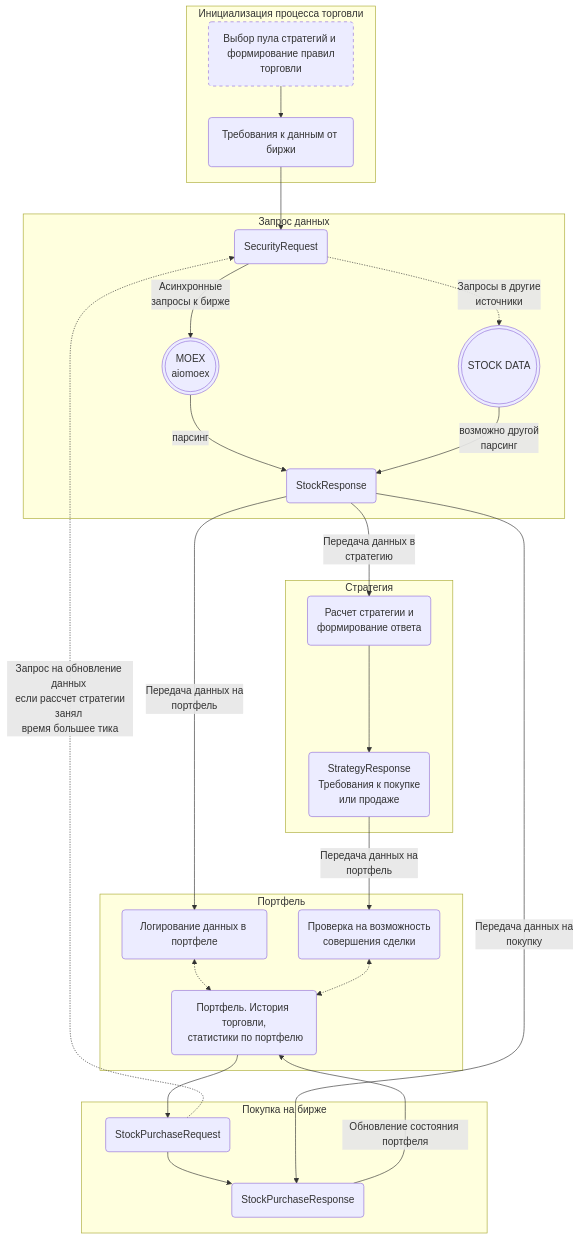
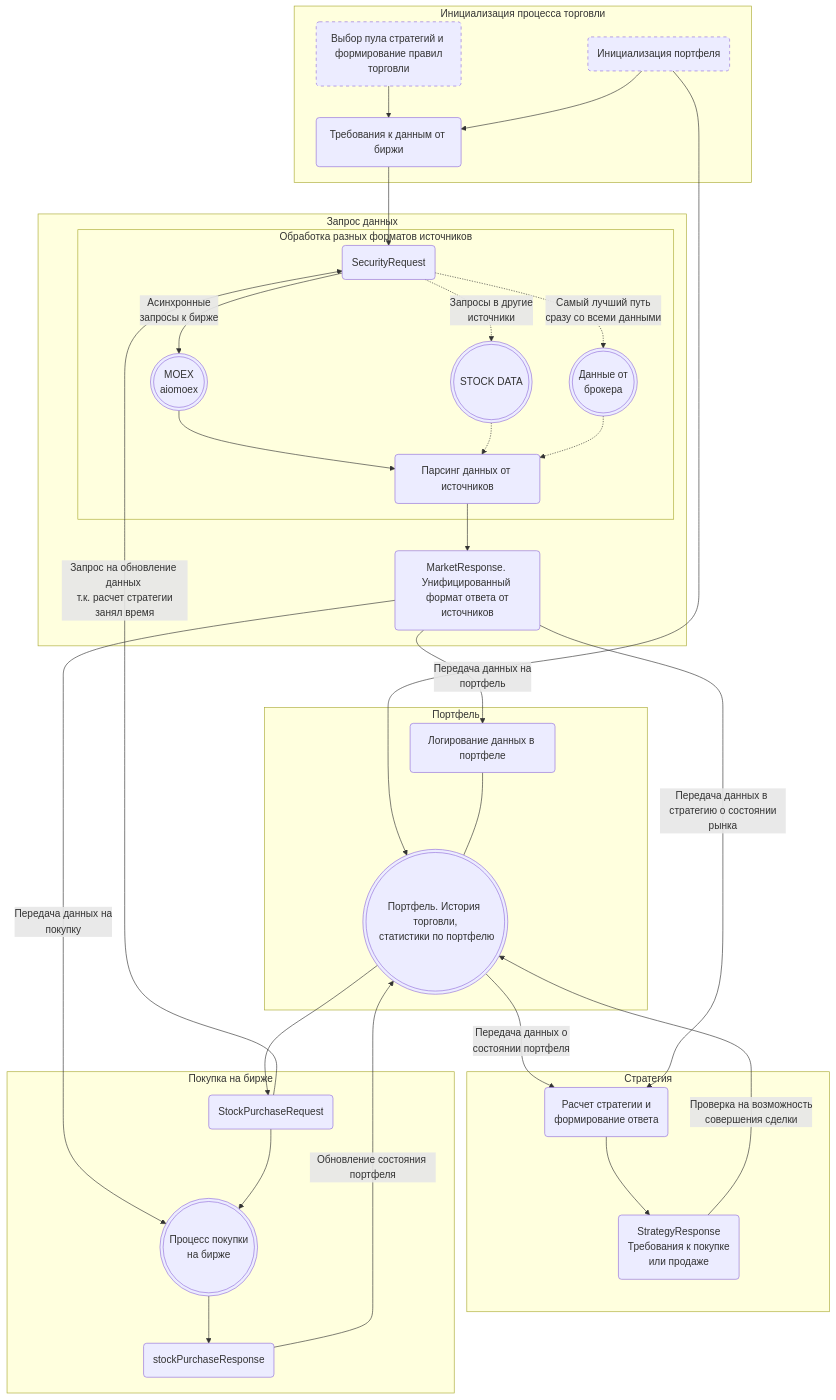
One commit to nueramic/stock-bot changed the diagram in README.md. Above: the diagram before and after it, drawn with Mermaid. The commit also changed 21 other files, not shown here.

````diff
--- a/README.md
+++ b/README.md
@@ -5,47 +5,68 @@
 ```mermaid
 
-flowchart TD
+flowchart 
     
     subgraph Запрос данных 
     
-        stockRequest(SecurityRequest) --> |Асинхронные \n запросы к бирже| moex(((MOEX <br/>aiomoex)))
-        stockRequest -.-> |Запросы в другие \n источники| anotherStockData(((STOCK DATA)))
-        moex --> |парсинг| stockResponse(StockResponse)
-        anotherStockData --> |возможно другой \nпарсинг| stockResponse(StockResponse)
+        
+        
+        subgraph Обработка разных форматов источников
+        
+            stockRequest(SecurityRequest)
+            stockRequest --> |Асинхронные \n запросы к бирже| moex(((MOEX \naiomoex)))
+            stockRequest -.-> |Запросы в другие \n источники| anotherStockData(((STOCK DATA)))
+            moex --> stockResponseParser(Парсинг данных от источников)
+            stockRequest -.-> |Самый лучший путь \n сразу со всеми данными| broker(((Данные от \nброкера)))
+            anotherStockData -.->  stockResponseParser
+            broker -.-> stockResponseParser
+            
+        end
+        
+        stockResponseParser --> stockResponse(MarketResponse. Унифицированный \n формат ответа от источников)
     
     end 
     
     subgraph Инициализация процесса торговли 
     
-        initialStretegies(Выбор пула стратегий и \n формирование правил торговли) --> dataRequirments(Требования к данным от биржи)
+        initialStrategies(Выбор пула стратегий и \n формирование правил торговли) --> dataRequirments(Требования к данным от биржи)
         dataRequirments --> stockRequest 
-        style initialStretegies stroke-dasharray: 5 5
-     
+        style initialStrategies stroke-dasharray: 5 5
+        
+        initialPortfolio(Инициализация портфеля) 
+        style initialPortfolio stroke-dasharray: 5 5
+        
+        initialPortfolio --> dataRequirments
+    end
+    
+    
+    subgraph Портфель 
+        
+        portfolio(((Портфель. История торговли,\n статистики по портфелю)))
+        initialPortfolio --> portfolio
+        stockResponse --> |Передача данных на \n портфель| portfolioLog(Логирование данных в портфеле) 
+        portfolioLog --- portfolio
         
     end
     
     subgraph Стратегия 
-        stockResponse --> |Передача данных в \n стратегию| strategy(Расчет стратегии и \n формирование ответа)
+    
+        portfolio --> |Передача данных о \n состоянии портфеля| strategy
+        strategyResponse --> |Проверка на возможность \n совершения сделки| portfolio
+        stockResponse --> |Передача данных в \n стратегию о состоянии рынка| strategy(Расчет стратегии и \n формирование ответа)
         strategy --> strategyResponse(StrategyResponse \n Требования к покупке \n или продаже)
     
     end
     
-    subgraph Портфель 
-        portfolio(Портфель. История торговли,\n статистики по портфелю)
-        stockResponse --> |Передача данных на \n портфель| portfoliolog(Логирование данных в портфеле) 
-        strategyResponse --> |Передача данных на \n портфель| portfoliocheck(Проверка на возможность \n совершения сделки)
-        portfoliolog <-.-> portfolio
-        portfoliocheck <-.-> portfolio
-        
-    end
-    
     subgraph Покупка на бирже 
         portfolio --> stockPurchaseRequest(StockPurchaseRequest) 
-        stockPurchaseRequest -.-> |Запрос на обновление данных \n если рассчет стратегии занял \nвремя большее тика| stockRequest 
-        stockPurchaseRequest --> stockPurchaseResponse(StockPurchaseResponse)
-        stockResponse --> |Передача данных на \n покупку| stockPurchaseResponse
-        stockPurchaseResponse --> |Обновление состояния портфеля| portfolio
+        stockPurchaseRequest --> |Запрос на обновление данных \n т.к. расчет стратегии занял время | stockRequest 
+        
+        StockPurchaseProcess(((Процесс покупки \n на бирже))) 
+        
+        stockResponse --> |Передача данных на \n покупку| StockPurchaseProcess
+        stockPurchaseResponse(stockPurchaseResponse) --> |Обновление состояния портфеля| portfolio
+        
+        stockPurchaseRequest --> StockPurchaseProcess --> stockPurchaseResponse
     
-    end
-        
+    end    
 ```
````
